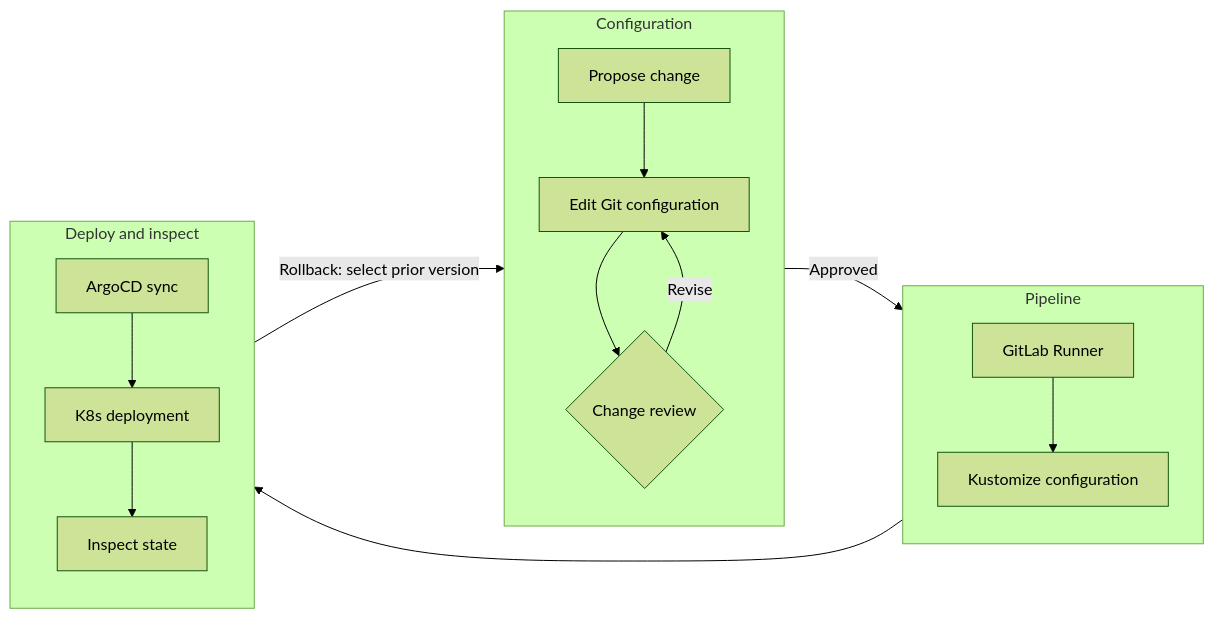
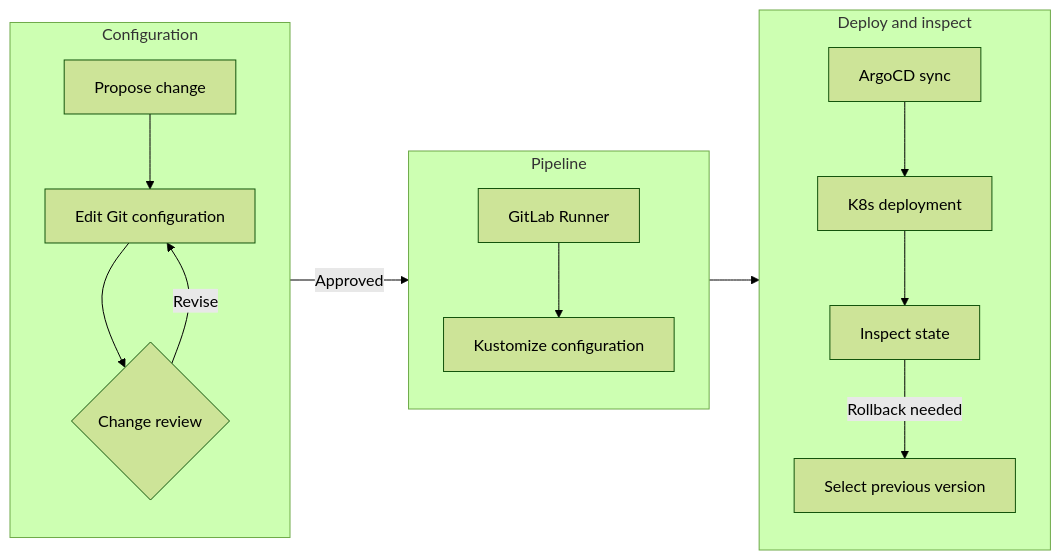
Before and after one commit to cytlabs/personal-site: the first of 2 diagrams in content/en/cases/enterprise-gitops-platform.md, drawn with Mermaid (forest theme). The commit also changed 8 other files, not shown here.

Commit message:
完善图表阅读顺序与语义换行

````diff
--- a/content/en/cases/enterprise-gitops-platform.md
+++ b/content/en/cases/enterprise-gitops-platform.md
@@ -17,18 +17,18 @@
 ```mermaid
 flowchart LR
     subgraph CONFIG["Configuration"]
         direction TB
         A["Propose change"] --> B["Edit Git configuration"] --> C{"Change review"}
         C -->|Revise| B
     end
     subgraph PIPE["Pipeline"]
         direction TB
         D["GitLab Runner"] --> E["Kustomize configuration"]
     end
     subgraph DEPLOY["Deploy and inspect"]
         direction TB
         F["ArgoCD sync"] --> G["K8s deployment"] --> H["Inspect state"]
+        H -->|Rollback needed| R["Select previous version"]
     end
     CONFIG -->|Approved| PIPE --> DEPLOY
-    DEPLOY -->|Rollback: select prior version| CONFIG
 ```
````
